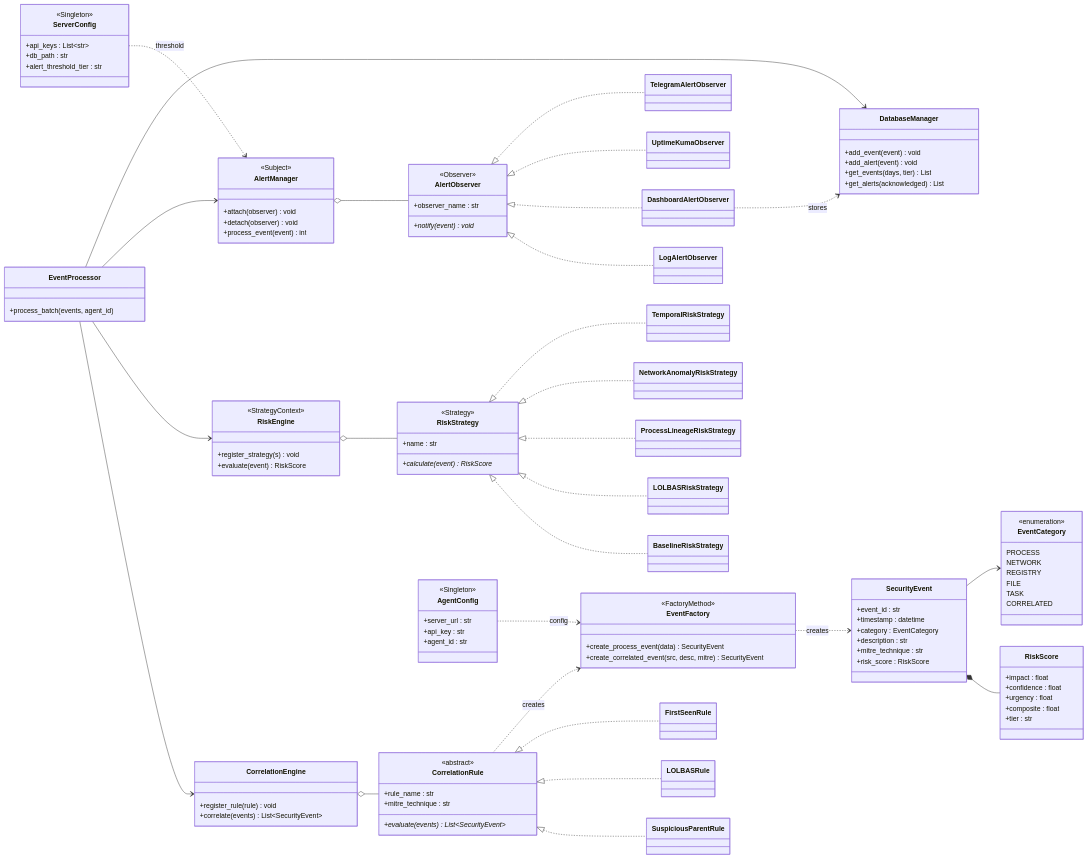
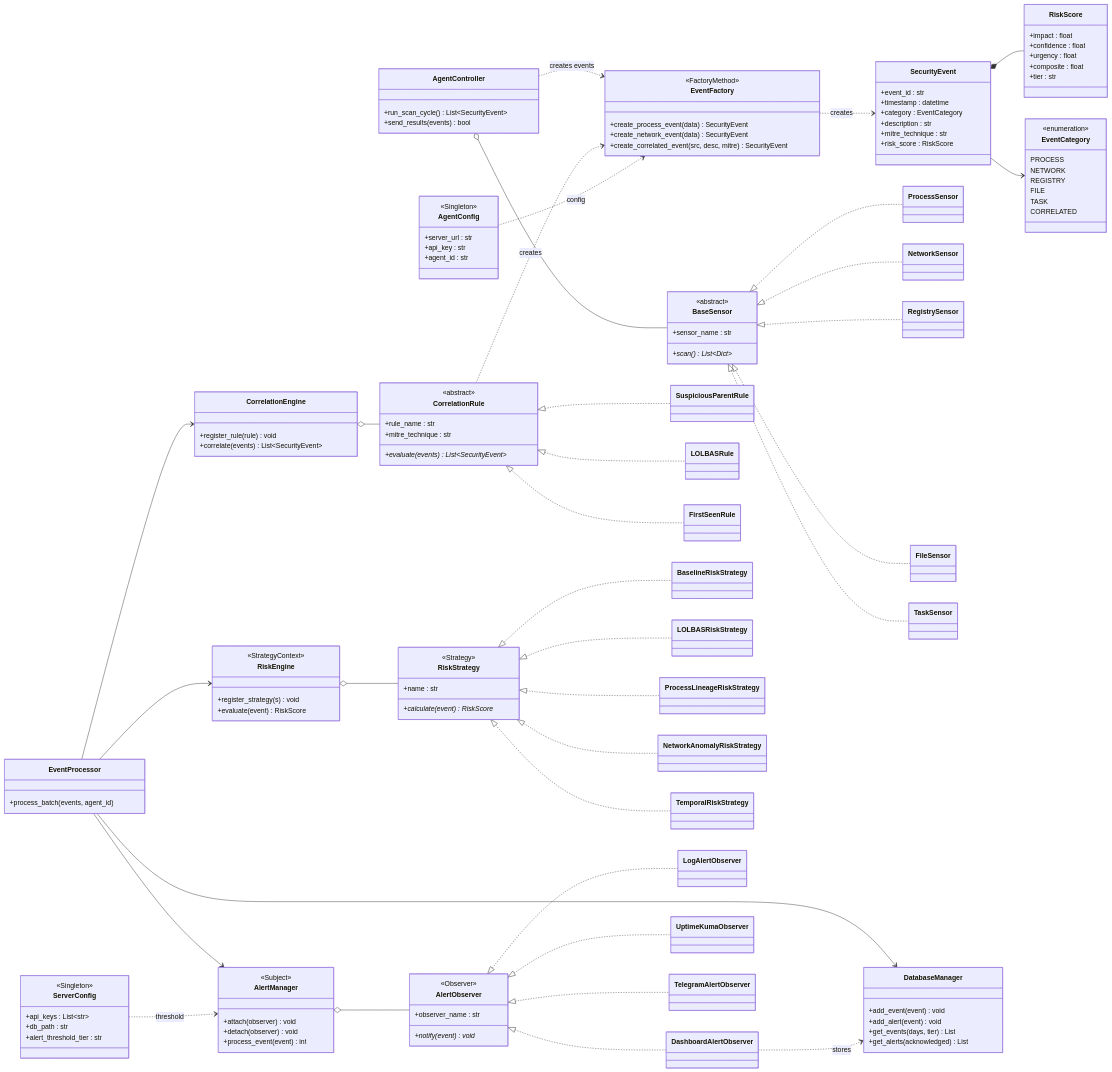
One commit to kupetsovkn24-lgtm/HIDS changed the second of 2 diagrams in uml4.md. Above: the diagram before and after it, drawn with Mermaid. The commit also changed other lines of this file, not shown here.

Commit message:
Refactor UML diagrams and update captions

````diff
--- a/uml4.md
+++ b/uml4.md
@@ -92,6 +89,8 @@
 ```mermaid
 classDiagram
 direction LR
+
+%% ── Моделі даних ──────────────────────────────────
 
 class SecurityEvent {
   +event_id : str
@@ -123,13 +122,46 @@
 SecurityEvent *-- RiskScore
 SecurityEvent --> EventCategory
 
+%% ── Factory Method ────────────────────────────────
+
 class EventFactory {
   <<FactoryMethod>>
   +create_process_event(data) SecurityEvent
+  +create_network_event(data) SecurityEvent
   +create_correlated_event(src, desc, mitre) SecurityEvent
 }
 
 EventFactory ..> SecurityEvent : creates
+
+%% ── Сенсори (OCP: нові сенсори без зміни контролера) ──
+
+class BaseSensor {
+  <<abstract>>
+  +scan()* List~Dict~
+  +sensor_name : str
+}
+
+class ProcessSensor
+class NetworkSensor
+class RegistrySensor
+class FileSensor
+class TaskSensor
+
+BaseSensor <|.. ProcessSensor
+BaseSensor <|.. NetworkSensor
+BaseSensor <|.. RegistrySensor
+BaseSensor <|.. FileSensor
+BaseSensor <|.. TaskSensor
+
+AgentController o-- BaseSensor
+AgentController ..> EventFactory : creates events
+
+class AgentController {
+  +run_scan_cycle() List~SecurityEvent~
+  +send_results(events) bool
+}
+
+%% ── Кореляційне ядро ──────────────────────────────
 
 class CorrelationEngine {
   +register_rule(rule) void
@@ -152,6 +184,8 @@
 CorrelationRule <|.. FirstSeenRule
 CorrelationEngine o-- CorrelationRule
 CorrelationRule ..> EventFactory : creates
+
+%% ── Strategy: оцінка ризику ───────────────────────
 
 class RiskEngine {
   <<StrategyContext>>
@@ -179,6 +213,8 @@
 RiskStrategy <|.. TemporalRiskStrategy
 RiskEngine o-- RiskStrategy
 
+%% ── Observer: сповіщення ──────────────────────────
+
 class AlertManager {
   <<Subject>>
   +attach(observer) void
@@ -204,6 +240,8 @@
 AlertObserver <|.. TelegramAlertObserver
 AlertManager o-- AlertObserver
 
+%% ── Оркестратор + сховище ─────────────────────────
+
 class EventProcessor {
   +process_batch(events, agent_id)
 }
@@ -211,6 +249,7 @@
 EventProcessor --> CorrelationEngine
 EventProcessor --> RiskEngine
 EventProcessor --> AlertManager
+EventProcessor --> DatabaseManager
 
 class DatabaseManager {
   +add_event(event) void
@@ -219,8 +258,9 @@
   +get_alerts(acknowledged) List
 }
 
-EventProcessor --> DatabaseManager
 DashboardAlertObserver ..> DatabaseManager : stores
+
+%% ── Singleton: конфігурація ───────────────────────
 
 class AgentConfig {
   <<Singleton>>
````
